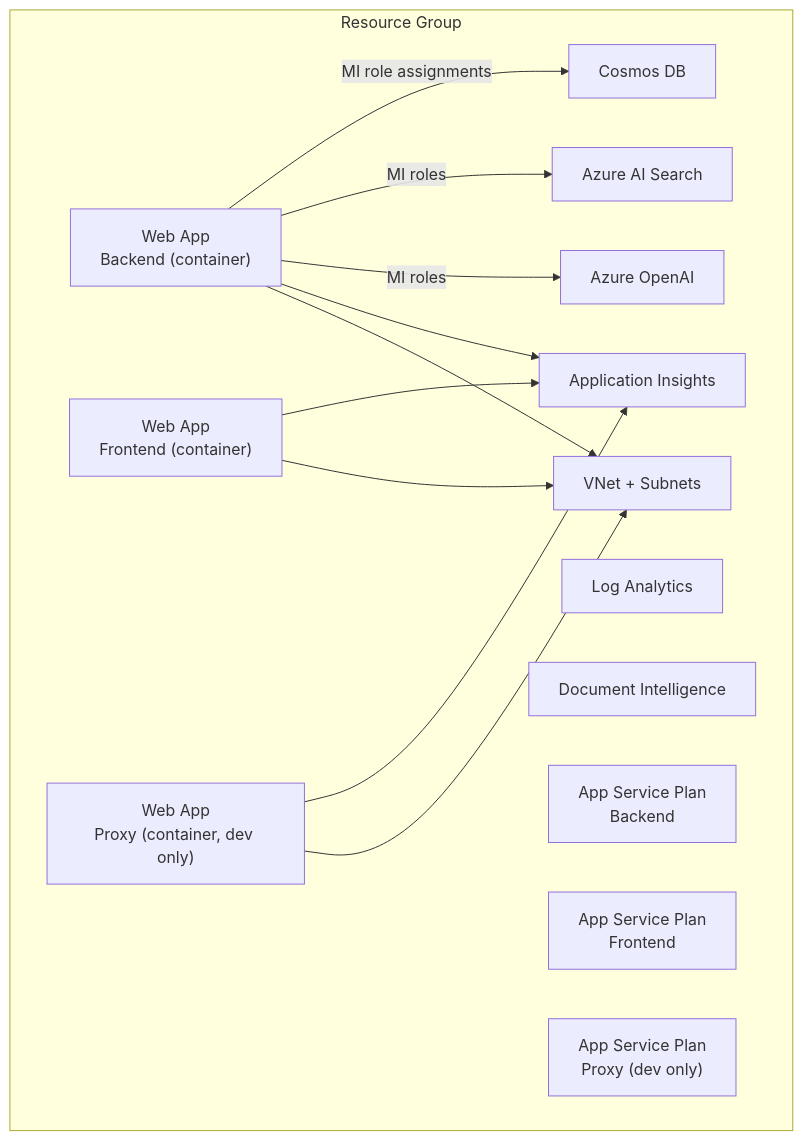
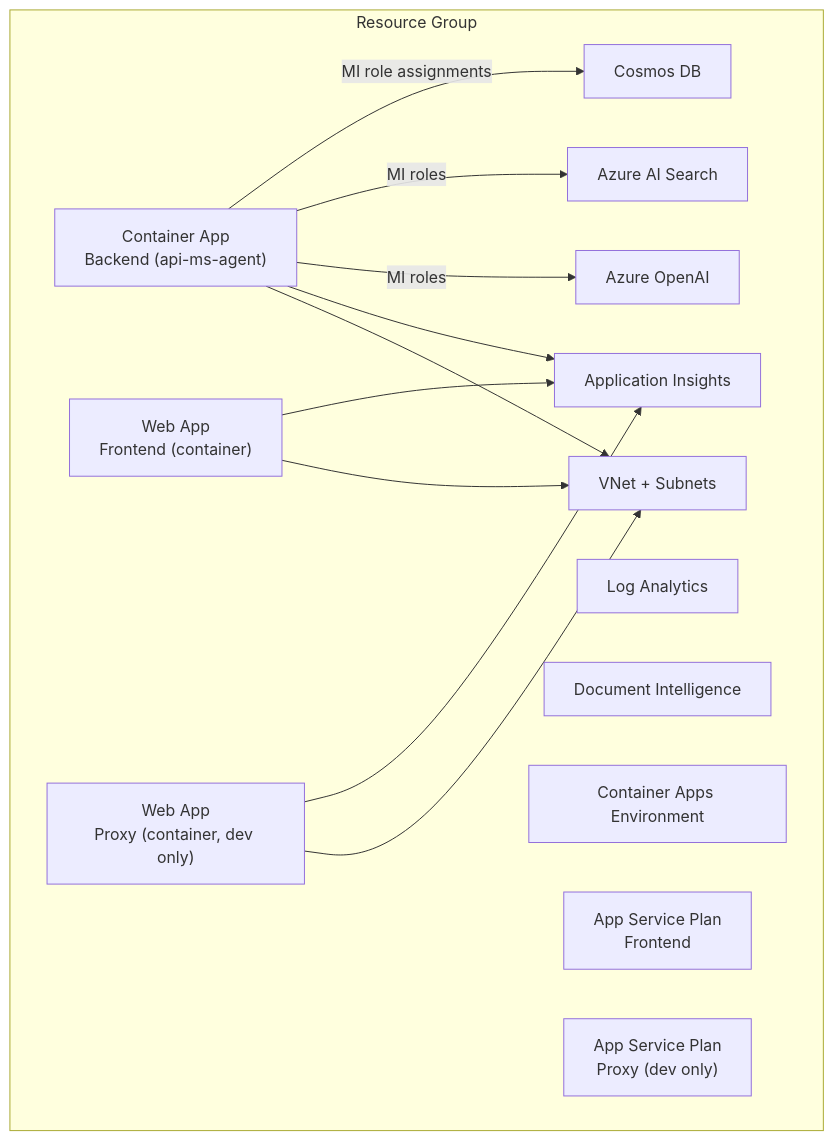
Before and after one commit to bcgov/azure-ai-poc: the seventh of 7 diagrams in docs/ARCHITECTURE_DEMO.md, drawn with Mermaid. The commit also changed other lines of this file and 1 other file, not shown here.

````diff
--- a/docs/ARCHITECTURE_DEMO.md
+++ b/docs/ARCHITECTURE_DEMO.md
@@ -273,34 +273,34 @@
 ```mermaid
 flowchart TB
   subgraph RG[Resource Group]
     VNET["VNet + Subnets"]
     LA["Log Analytics"]
     AI["Application Insights"]
 
     COS["Cosmos DB"]
     SRCH["Azure AI Search"]
     OAI["Azure OpenAI"]
     DI["Document Intelligence"]
 
-    ASP1["App Service Plan<br/>Backend"]
-    APP1["Web App<br/>Backend (container)"]
+    CAE["Container Apps Environment"]
+    CA1["Container App<br/>Backend (api-ms-agent)"]
 
     ASP2["App Service Plan<br/>Frontend"]
     APP2["Web App<br/>Frontend (container)"]
 
     ASP3["App Service Plan<br/>Proxy (dev only)"]
     APP3["Web App<br/>Proxy (container, dev only)"]
   end
 
-  APP1 -->|MI role assignments| COS
-  APP1 -->|MI roles| SRCH
-  APP1 -->|MI roles| OAI
+  CA1 -->|MI role assignments| COS
+  CA1 -->|MI roles| SRCH
+  CA1 -->|MI roles| OAI
 
-  APP1 --> AI
+  CA1 --> AI
   APP2 --> AI
   APP3 --> AI
 
-  APP1 --> VNET
+  CA1 --> VNET
   APP2 --> VNET
   APP3 --> VNET
 ```
````
